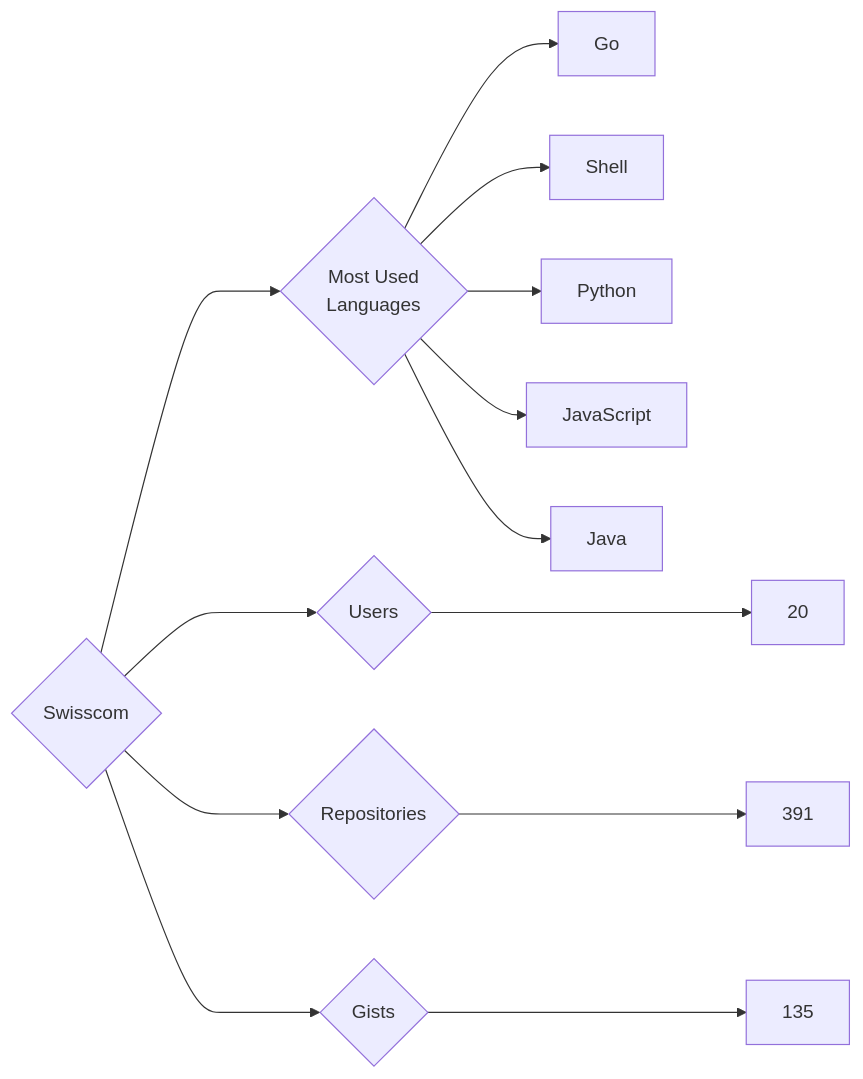
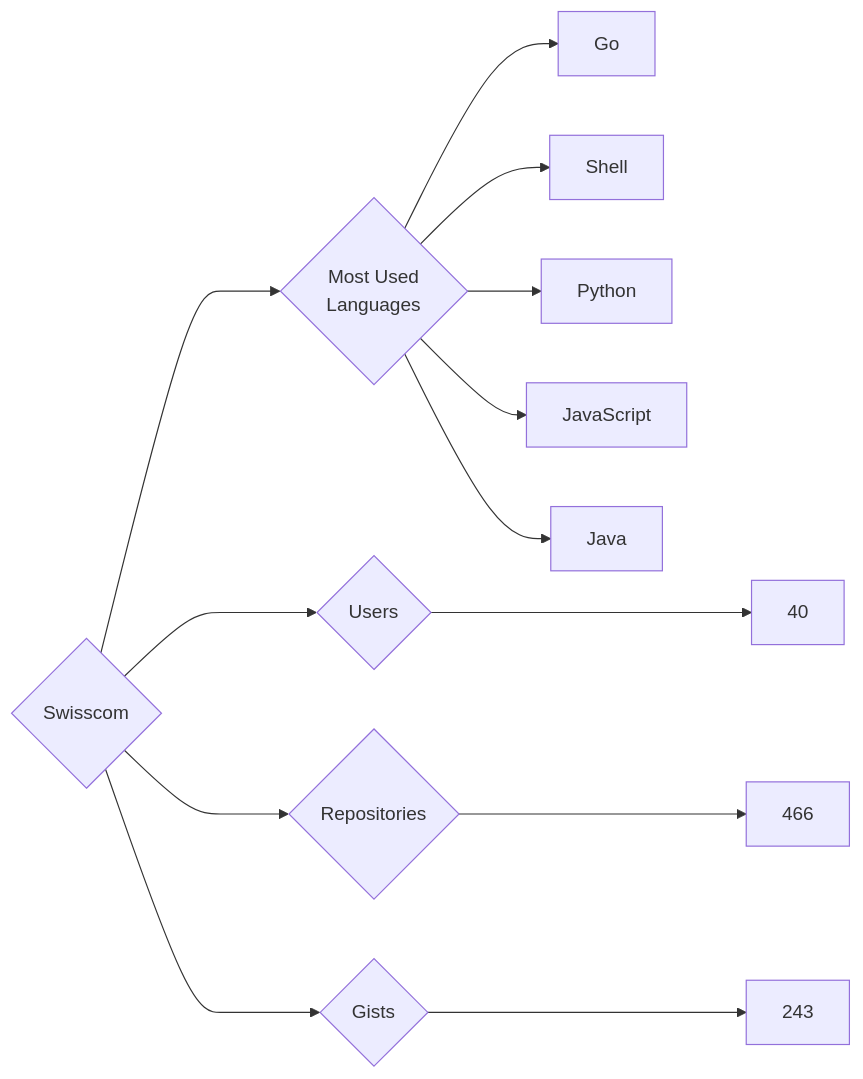
One commit to trickest/insiders changed the diagram in targets/Swisscom/README.md. Above: the diagram before and after it, drawn with Mermaid. The commit also changed 1011 other files, not shown here.

````diff
--- a/targets/Swisscom/README.md
+++ b/targets/Swisscom/README.md
@@ -3,13 +3,13 @@
 ```mermaid
 graph LR
 COMPANY_NAME{Swisscom}
-COMPANY_NAME ---> U{Users} ---> UN[20]
-COMPANY_NAME ---> R{Repositories} ---> RN[391]
-COMPANY_NAME ---> G{Gists} ---> GN[135]
+COMPANY_NAME ---> U{Users} ---> UN[40]
+COMPANY_NAME ---> R{Repositories} ---> RN[466]
+COMPANY_NAME ---> G{Gists} ---> GN[243]
 COMPANY_NAME ---> ML{Most Used<br>Languages}
 ML --> Go[Go]
 ML --> Shell[Shell]
 ML --> Python[Python]
 ML --> JavaScript[JavaScript]
 ML --> Java[Java]
 ```
````
